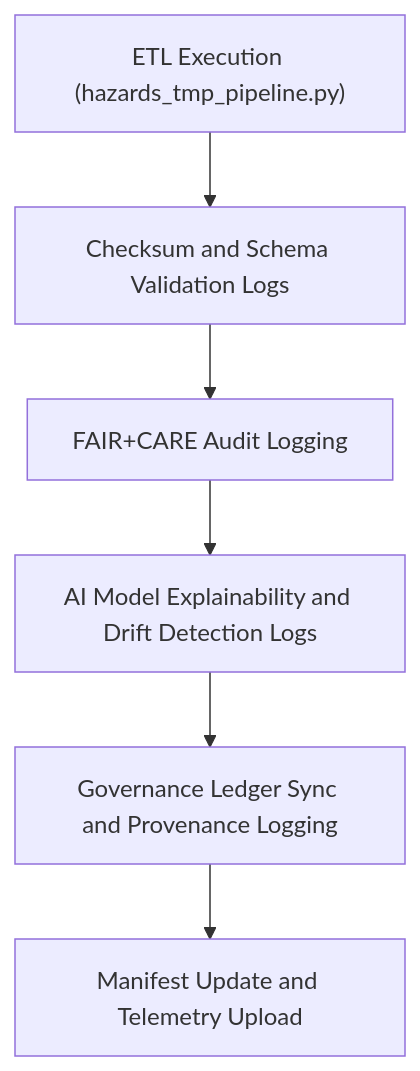
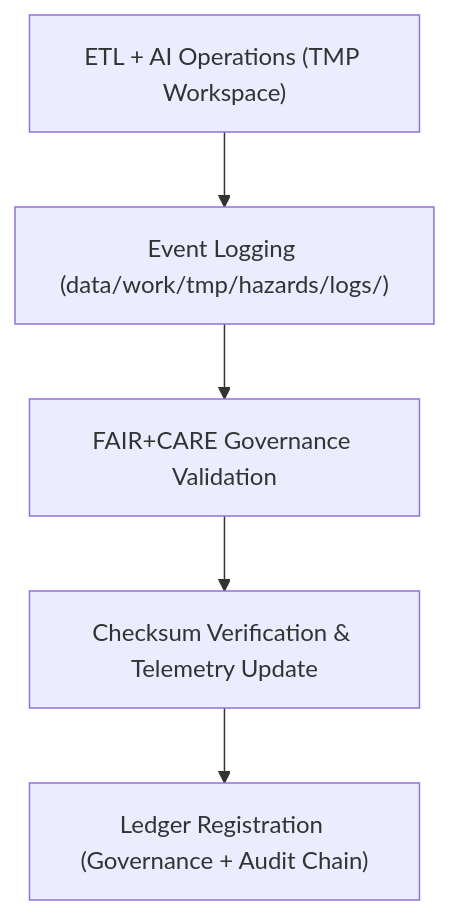
Before and after one commit to bartytime4life/Kansas-Frontier-Matrix: the diagram in data/work/tmp/hazards/logs/README.md, drawn with Mermaid. The commit also changed other lines of this file, not shown here.

````diff
--- a/data/work/tmp/hazards/logs/README.md
+++ b/data/work/tmp/hazards/logs/README.md
@@ -94,8 +77,7 @@
 ```mermaid
 flowchart TD
-    A["ETL Execution (hazards_tmp_pipeline.py)"] --> B["Checksum and Schema Validation Logs"]
-    B --> C["FAIR+CARE Audit Logging"]
-    C --> D["AI Model Explainability and Drift Detection Logs"]
-    D --> E["Governance Ledger Sync and Provenance Logging"]
-    E --> F["Manifest Update and Telemetry Upload"]
+    A["ETL + AI Operations (TMP Workspace)"] --> B["Event Logging (data/work/tmp/hazards/logs/)"]
+    B --> C["FAIR+CARE Governance Validation"]
+    C --> D["Checksum Verification & Telemetry Update"]
+    D --> E["Ledger Registration (Governance + Audit Chain)"]
 ```
````
